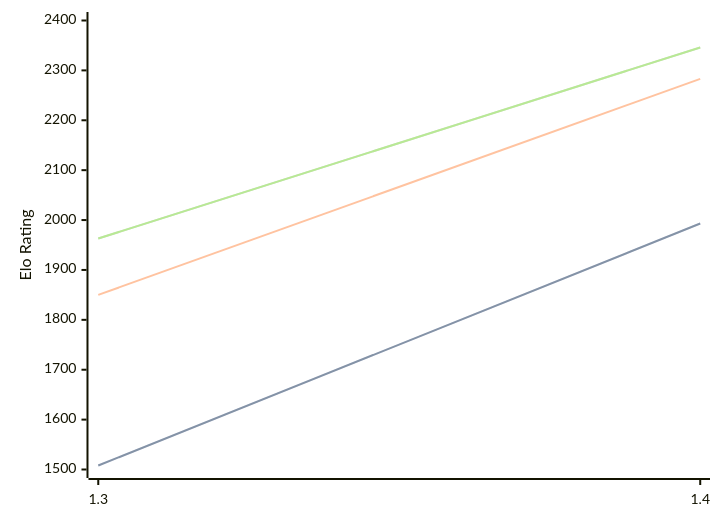
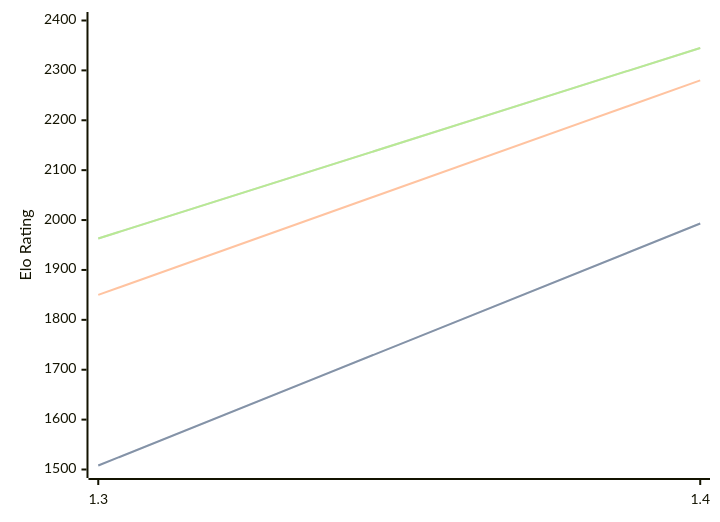
Before and after one commit to computer-chess-index/cci: the diagram in engines/Facon.md, drawn with Mermaid. The commit also changed other lines of this file, not shown here.

Commit message:
Update CCI Ratings (ELO VLTC) - 2026-06-10

````diff
--- a/engines/Facon.md
+++ b/engines/Facon.md
@@ -36,11 +36,11 @@
 ```mermaid
 %%{init: {"theme":"base","themeVariables":{"seriesColors:['#a3a3a3','#222221','#faa371']}}}%%
 xychart-beta
   x-axis ["1.3", "1.4"]
   y-axis "Elo Rating" 1500 --> 2400
   line "STC (8.0+0.08s)" [1508, 1993]
   line "STC (8.0+0.08s)" [1508, 1993]
-  line "LTC (60.0+0.60s)" [1850, 2283]
-  line "VLTC (2m24s+1.12s)" [1963, 2346]
-  line "VLTC (2m24s+1.12s)" [1963, 2346]
+  line "LTC (60.0+0.60s)" [1850, 2280]
+  line "VLTC (2m24s+1.12s)" [1963, 2345]
+  line "VLTC (2m24s+1.12s)" [1963, 2345]
 ```
````
